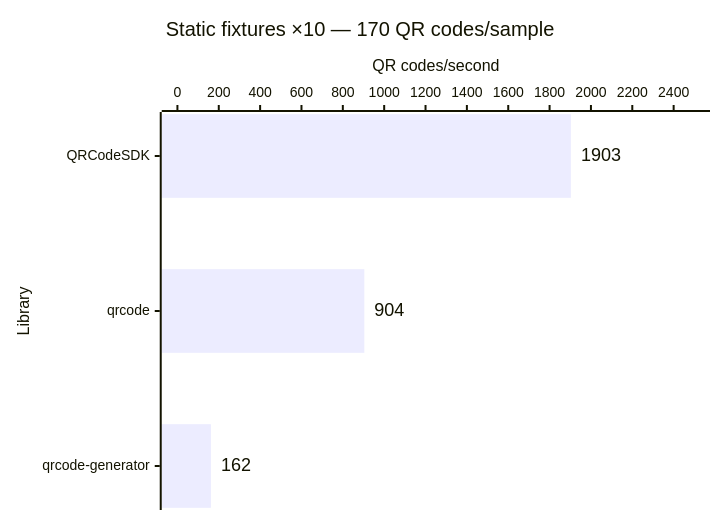
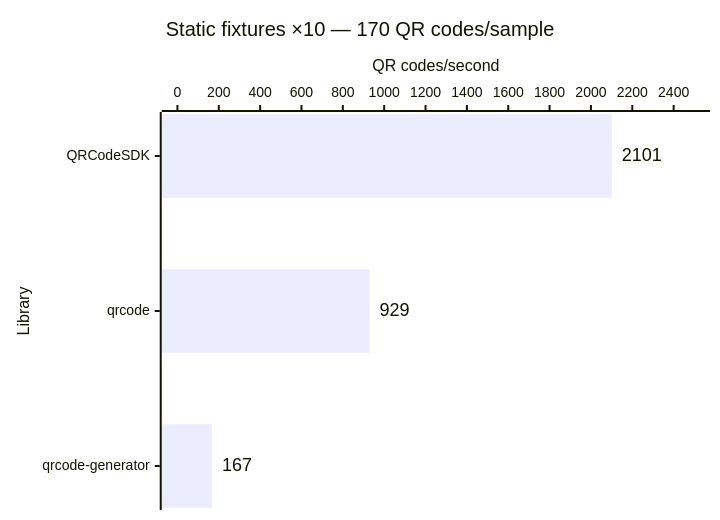
Before and after one commit to Dafnik/qrcodesdk: the sixth of 14 diagrams in apps/docs/src/content/docs/learn/performance.md, drawn with Mermaid. The commit also changed other lines of this file and 417 other files, not shown here.

````diff
--- a/apps/docs/src/content/docs/learn/performance.md
+++ b/apps/docs/src/content/docs/learn/performance.md
@@ -131,15 +131,15 @@
 ```mermaid
 ---
 config:
   xyChart:
     showDataLabel: true
     showDataLabelOutsideBar: true
 ---
 xychart horizontal
   accTitle: Automatic matrix generation: Static fixtures ×10 — 170 QR codes/sample
-  accDescr: Throughput calculated from median time. QRCodeSDK 1,903 QR codes per second, qrcode 904 QR codes per second, qrcode-generator 162 QR codes per second. Higher is better.
+  accDescr: Throughput calculated from median time. QRCodeSDK 2,101 QR codes per second, qrcode 929 QR codes per second, qrcode-generator 167 QR codes per second. Higher is better.
   title "Static fixtures ×10 — 170 QR codes/sample"
   x-axis "Library" ["QRCodeSDK", "qrcode", "qrcode-generator"]
   y-axis "QR codes/second" 0 --> 2500
-  bar [1903, 904, 162]
+  bar [2101, 929, 167]
 ```
````
